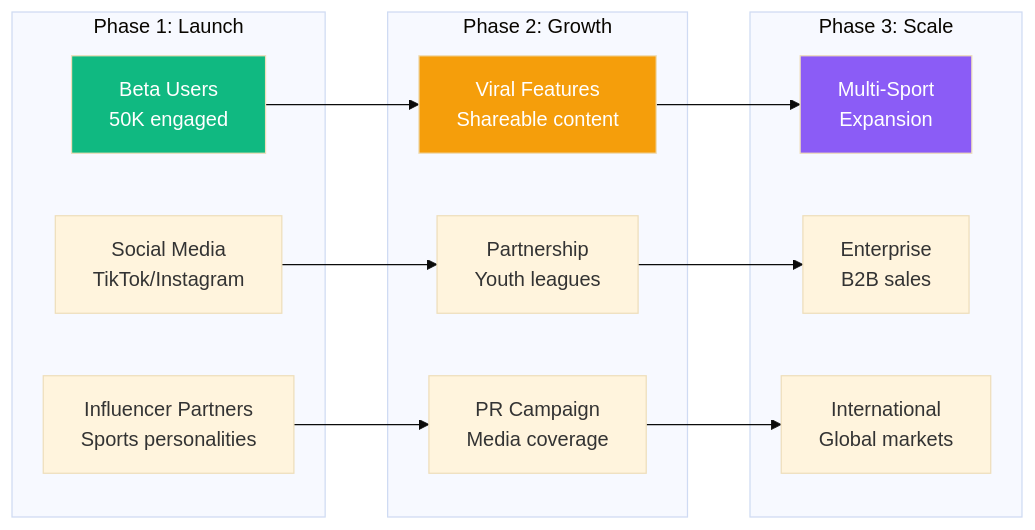
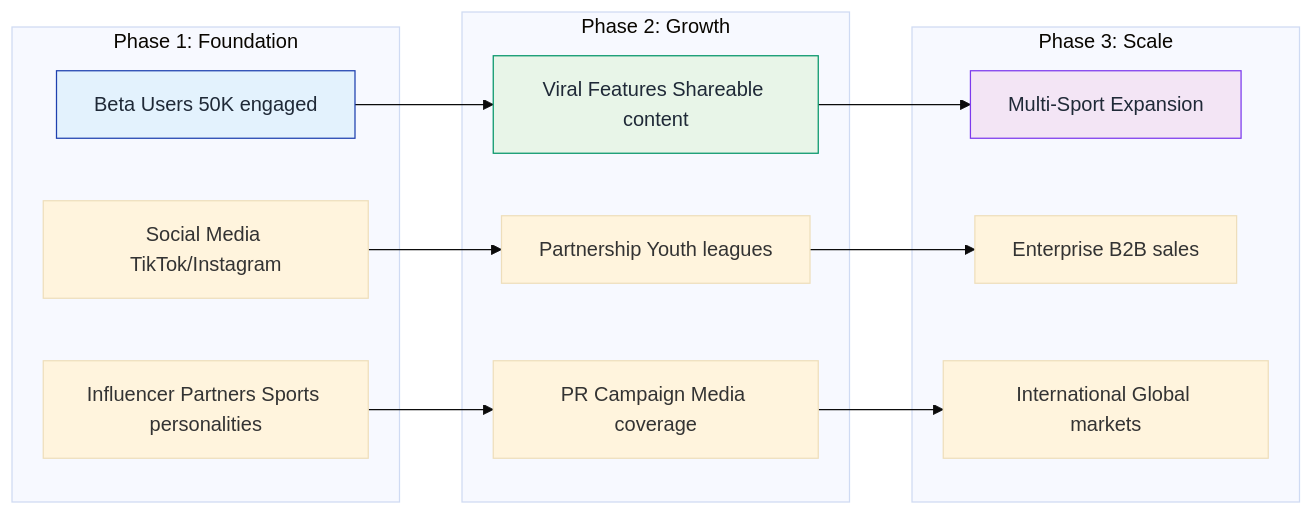
One commit to SkaFld-Ignite/ref-u-wireframes changed the third of 4 diagrams in docs/market-analysis.md. Above: the diagram before and after it, drawn with Mermaid (base theme). The commit also changed other lines of this file and 3 other files, not shown here.

Commit message:
Fix: Remove HTML br tags and dollar signs from all Mermaid diagrams - resolves parse errors

````diff
--- a/docs/market-analysis.md
+++ b/docs/market-analysis.md
@@ -88,32 +72,31 @@
 ```mermaid
 graph LR
-    subgraph "Phase 1: Launch"
-        A[Beta Users<br/>50K engaged]
-        B[Social Media<br/>TikTok/Instagram]
-        C[Influencer Partners<br/>Sports personalities]
+    subgraph "Phase 1: Foundation"
+        A[Beta Users 50K engaged]
+        B[Social Media TikTok/Instagram]
+        C[Influencer Partners Sports personalities]
     end
     
     subgraph "Phase 2: Growth"
-        D[Viral Features<br/>Shareable content]
-        E[Partnership<br/>Youth leagues]
-        F[PR Campaign<br/>Media coverage]
+        D[Viral Features Shareable content]
+        E[Partnership Youth leagues]
+        F[PR Campaign Media coverage]
     end
     
     subgraph "Phase 3: Scale"
-        G[Multi-Sport<br/>Expansion]
-        H[Enterprise<br/>B2B sales]
-        I[International<br/>Global markets]
+        G[Multi-Sport Expansion]
+        H[Enterprise B2B sales]
+        I[International Global markets]
     end
     
     A --> D
     B --> E
     C --> F
-    
     D --> G
     E --> H
     F --> I
     
-    style A fill:#10b981,color:white
-    style D fill:#f59e0b,color:white
-    style G fill:#8b5cf6,color:white
+    style A fill:#e3f2fd,stroke:#1e40af,color:#1f2937
+    style D fill:#e8f5e8,stroke:#059669,color:#1f2937
+    style G fill:#f3e5f5,stroke:#7c3aed,color:#1f2937
 ```
````
